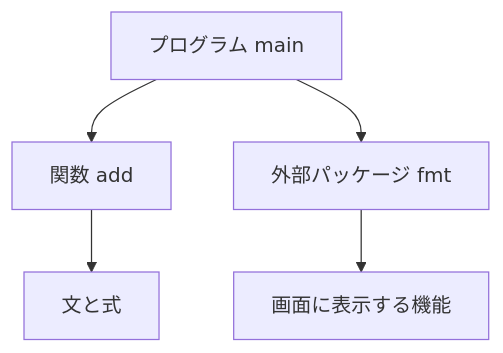
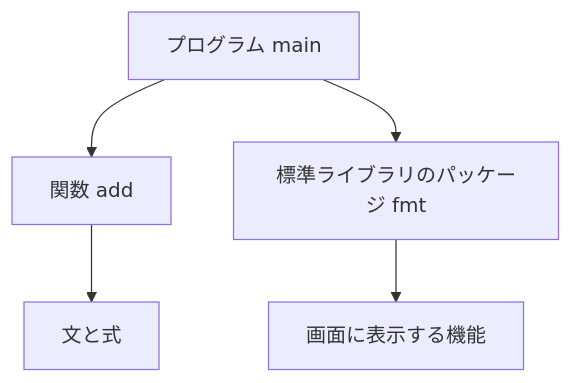
Before and after one commit to myoshi2891/Quality-Assurance-Studies: the eighth of 14 diagrams in Iso-iec-2382-15-guide.md, drawn with Mermaid. The commit also changed other lines of this file, not shown here.

````diff
--- a/Iso-iec-2382-15-guide.md
+++ b/Iso-iec-2382-15-guide.md
@@ -484,7 +484,7 @@
 ```mermaid
 flowchart TD
     P1["プログラム main"] --> P2["関数 add"]
-    P1 --> P3["外部パッケージ fmt"]
+    P1 --> P3["標準ライブラリのパッケージ fmt"]
     P2 --> P4["文と式"]
     P3 --> P5["画面に表示する機能"]
 ```
````
